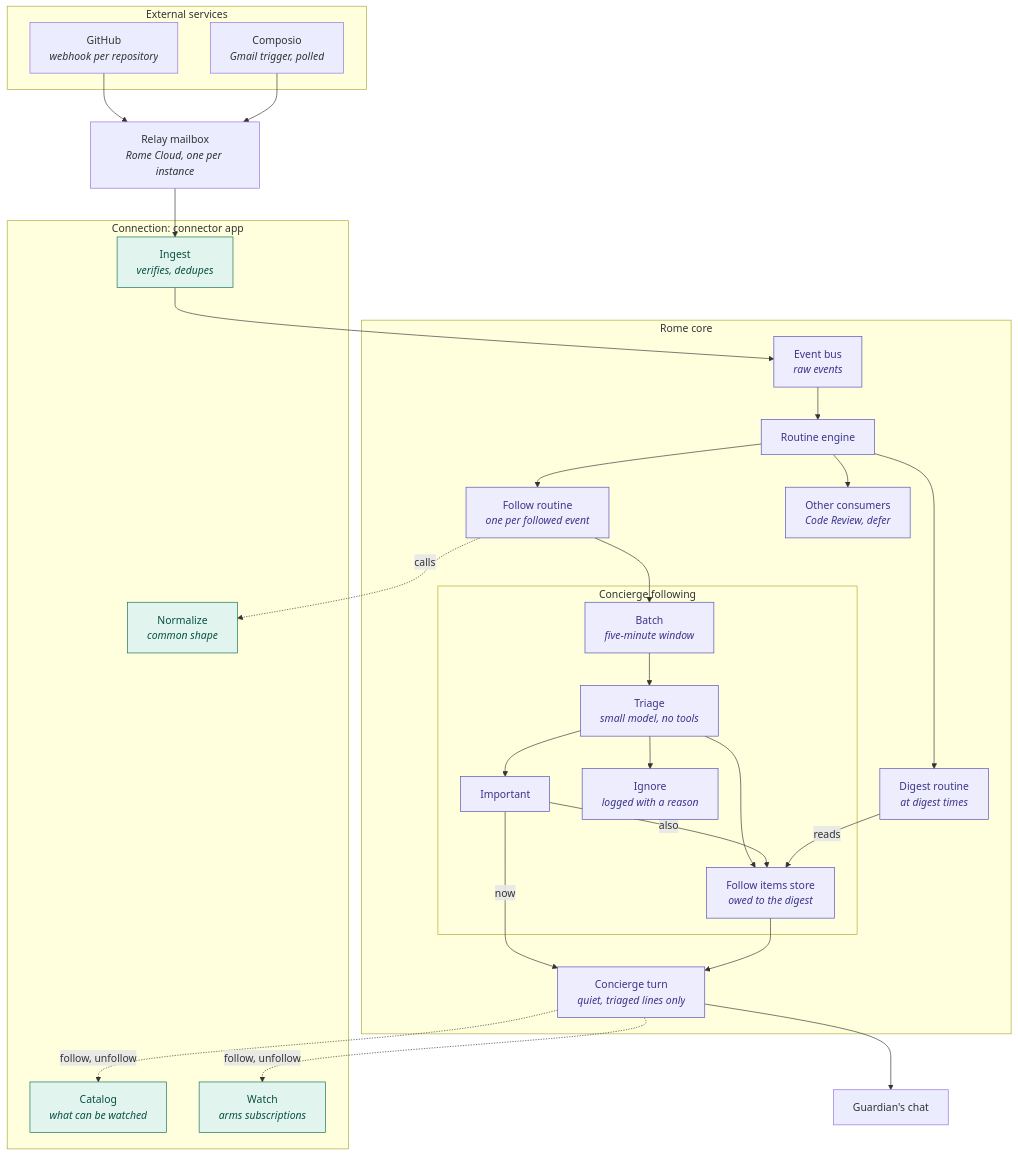
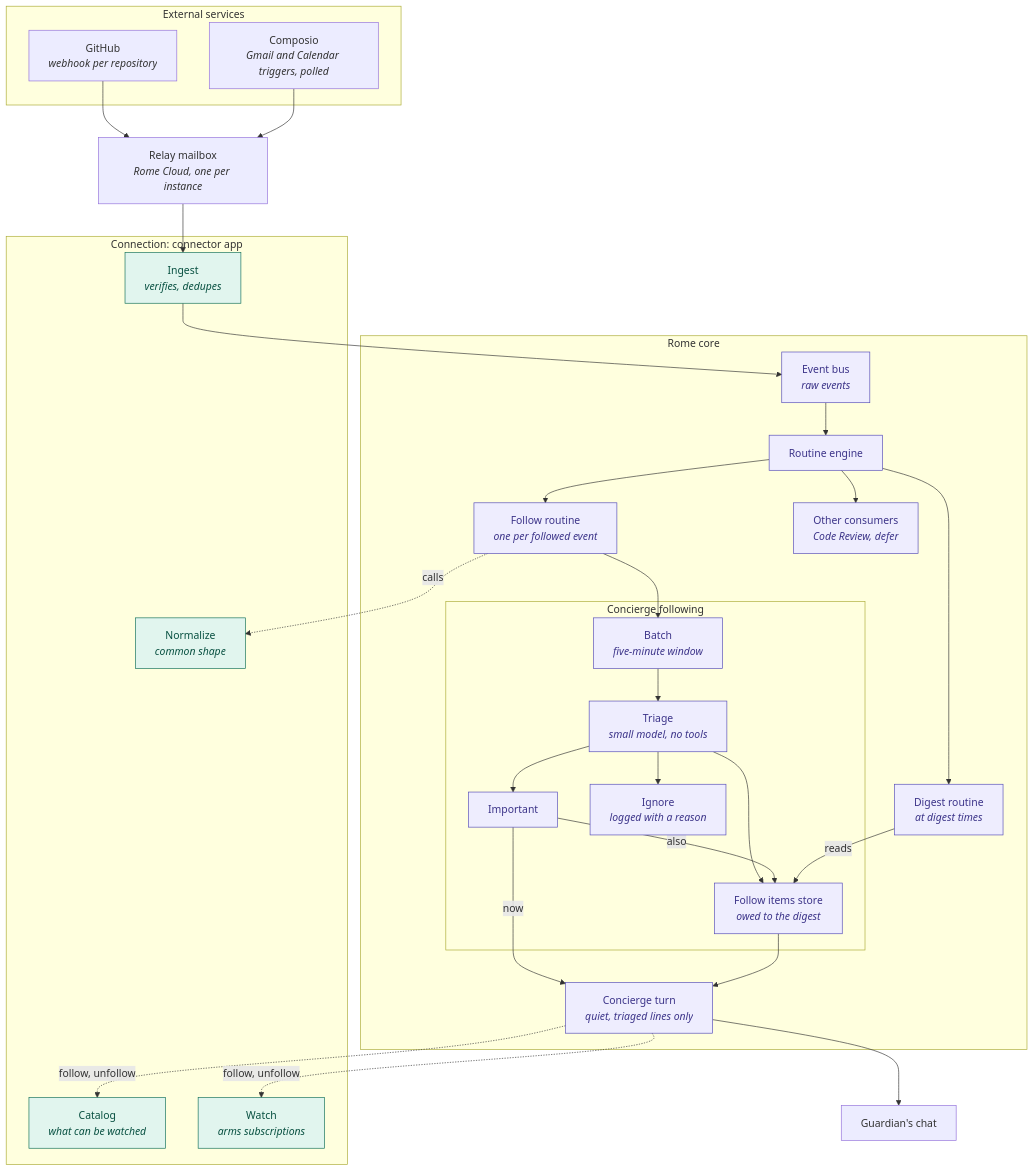
Before and after one commit to rome-os/rome: the diagram in docs/architecture/concierge-following.md, drawn with Mermaid. The commit also changed 17 other files, not shown here.

````diff
--- a/docs/architecture/concierge-following.md
+++ b/docs/architecture/concierge-following.md
@@ -7,54 +7,54 @@
 ```mermaid
 flowchart TD
     subgraph External["External services"]
         GH["GitHub<br/><i>webhook per repository</i>"]
-        CP["Composio<br/><i>Gmail trigger, polled</i>"]
+        CP["Composio<br/><i>Gmail and Calendar triggers, polled</i>"]
     end
     Relay["Relay mailbox<br/><i>Rome Cloud, one per instance</i>"]
     subgraph Conn["Connection: connector app"]
         Catalog["Catalog<br/><i>what can be watched</i>"]
         Watch["Watch<br/><i>arms subscriptions</i>"]
         Ingest["Ingest<br/><i>verifies, dedupes</i>"]
         Normalize["Normalize<br/><i>common shape</i>"]
     end
     subgraph Core["Rome core"]
         Bus["Event bus<br/><i>raw events</i>"]
         Engine["Routine engine"]
         Follow["Follow routine<br/><i>one per followed event</i>"]
         DigestRoutine["Digest routine<br/><i>at digest times</i>"]
         Others["Other consumers<br/><i>Code Review, defer</i>"]
         subgraph Following["Concierge following"]
             Batch["Batch<br/><i>five-minute window</i>"]
             Triage["Triage<br/><i>small model, no tools</i>"]
             Important["Important"]
             Store["Follow items store<br/><i>owed to the digest</i>"]
             Ignore["Ignore<br/><i>logged with a reason</i>"]
         end
         Turn["Concierge turn<br/><i>quiet, triaged lines only</i>"]
     end
     Chat["Guardian's chat"]
 
     GH --> Relay
     CP --> Relay
     Relay --> Ingest --> Bus --> Engine
     Engine --> Follow
     Engine --> DigestRoutine
     Engine --> Others
     Follow -. calls .-> Normalize
     Follow --> Batch --> Triage
     Triage --> Important
     Triage --> Store
     Triage --> Ignore
     Important -- now --> Turn
     Important -- also --> Store
     DigestRoutine -- reads --> Store
     Store --> Turn
     Turn --> Chat
     Turn -. follow, unfollow .-> Catalog
     Turn -. follow, unfollow .-> Watch
 
     classDef conn fill:#E1F5EE,stroke:#0F6E56,color:#085041
     classDef core fill:#EEEDFE,stroke:#534AB7,color:#3C3489
     class Catalog,Watch,Ingest,Normalize conn
     class Bus,Engine,Follow,DigestRoutine,Others,Batch,Triage,Important,Store,Ignore,Turn core
 ```
````
